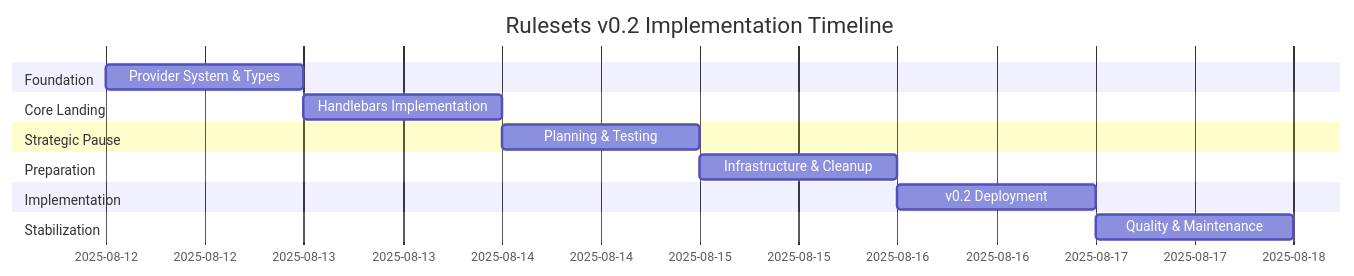
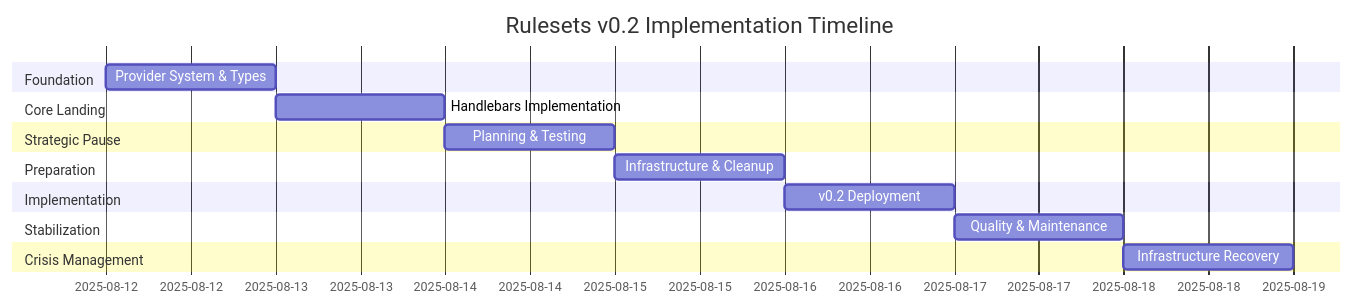
Before and after one commit to outfitter-dev/rulesets: the diagram in .agent/recaps/ARCHITECTURAL_EVOLUTION_SUMMARY.md, drawn with Mermaid. The commit also changed other lines of this file and 7 other files, not shown here.

````diff
--- a/.agent/recaps/ARCHITECTURAL_EVOLUTION_SUMMARY.md
+++ b/.agent/recaps/ARCHITECTURAL_EVOLUTION_SUMMARY.md
@@ -34,17 +35,19 @@
 ```mermaid
 gantt
     title Rulesets v0.2 Implementation Timeline
     dateFormat  YYYY-MM-DD
     section Foundation
     Provider System & Types     :2025-08-12, 1d
     section Core Landing
     Handlebars Implementation   :2025-08-13, 1d
     section Strategic Pause
     Planning & Testing          :2025-08-14, 1d
     section Preparation
     Infrastructure & Cleanup    :2025-08-15, 1d
     section Implementation
     v0.2 Deployment            :2025-08-16, 1d
     section Stabilization
     Quality & Maintenance       :2025-08-17, 1d
+    section Crisis Management
+    Infrastructure Recovery     :2025-08-18, 1d
 ```
````
